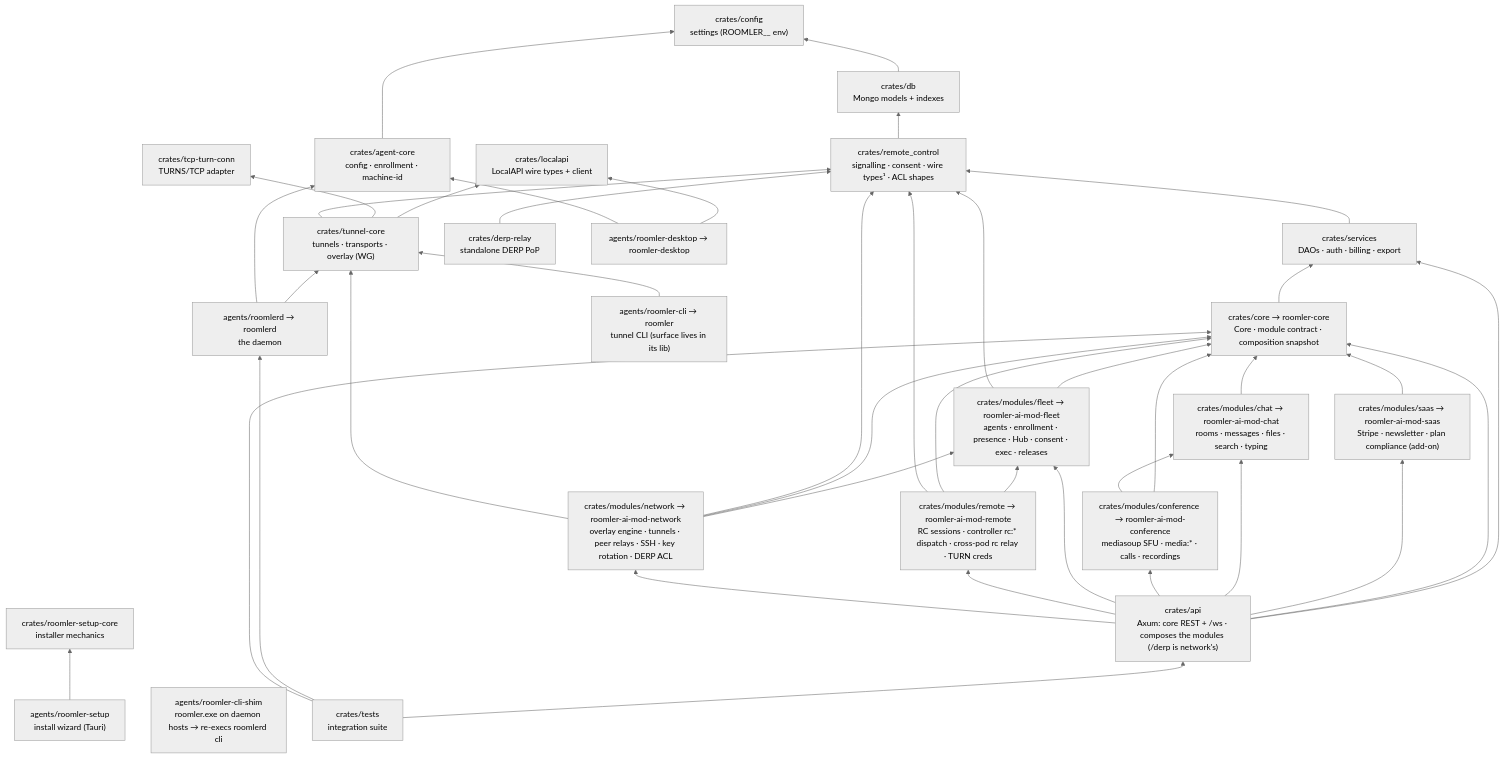
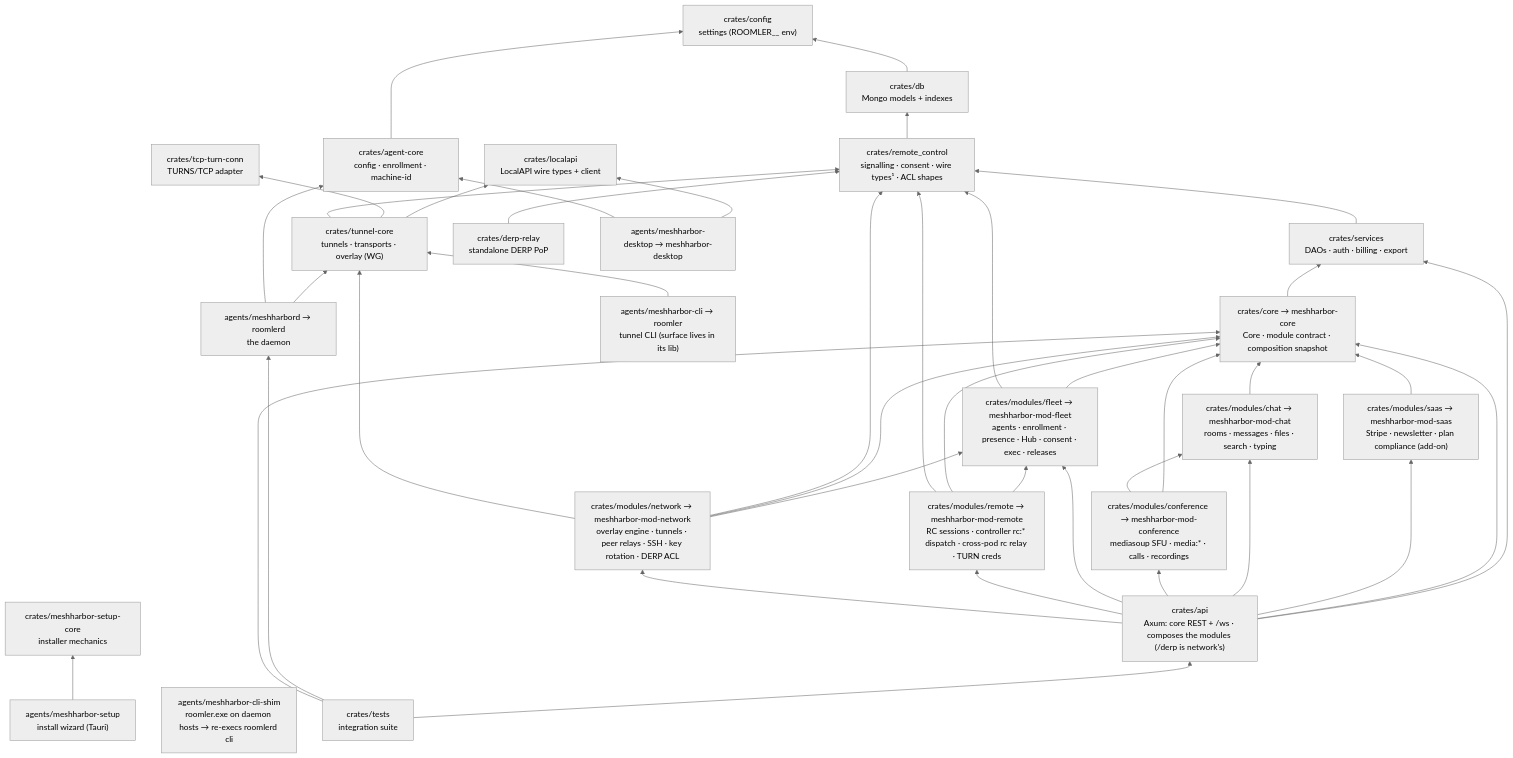
One commit to jk-zhang-meta/MeshHarbor changed the third of 4 diagrams in docs/architecture.md. Above: the diagram before and after it, drawn with Mermaid (neutral theme). The commit also changed other lines of this file and 1297 other files, not shown here.

First line of the commit message:
rename(1/5): crate, package and directory names roomler -> meshharbor

````diff
--- a/docs/architecture.md
+++ b/docs/architecture.md
@@ -100,50 +100,50 @@
 ```mermaid
 flowchart BT
     config["crates/config<br/>settings (ROOMLER__ env)"]
     db["crates/db<br/>Mongo models + indexes"]
-    core["crates/core → roomler-core<br/>Core · module contract · composition snapshot"]
-    saas["crates/modules/saas → roomler-ai-mod-saas<br/>Stripe · newsletter · plan compliance (add-on)"]
-    chat["crates/modules/chat → roomler-ai-mod-chat<br/>rooms · messages · files · search · typing"]
-    conference["crates/modules/conference → roomler-ai-mod-conference<br/>mediasoup SFU · media:* · calls · recordings"]
-    fleet["crates/modules/fleet → roomler-ai-mod-fleet<br/>agents · enrollment · presence · Hub · consent · exec · releases"]
-    remote["crates/modules/remote → roomler-ai-mod-remote<br/>RC sessions · controller rc:* dispatch · cross-pod rc relay · TURN creds"]
-    network["crates/modules/network → roomler-ai-mod-network<br/>overlay engine · tunnels · peer relays · SSH · key rotation · DERP ACL"]
+    core["crates/core → meshharbor-core<br/>Core · module contract · composition snapshot"]
+    saas["crates/modules/saas → meshharbor-mod-saas<br/>Stripe · newsletter · plan compliance (add-on)"]
+    chat["crates/modules/chat → meshharbor-mod-chat<br/>rooms · messages · files · search · typing"]
+    conference["crates/modules/conference → meshharbor-mod-conference<br/>mediasoup SFU · media:* · calls · recordings"]
+    fleet["crates/modules/fleet → meshharbor-mod-fleet<br/>agents · enrollment · presence · Hub · consent · exec · releases"]
+    remote["crates/modules/remote → meshharbor-mod-remote<br/>RC sessions · controller rc:* dispatch · cross-pod rc relay · TURN creds"]
+    network["crates/modules/network → meshharbor-mod-network<br/>overlay engine · tunnels · peer relays · SSH · key rotation · DERP ACL"]
     rc["crates/remote_control<br/>signalling · consent · wire types¹ · ACL shapes"]
     services["crates/services<br/>DAOs · auth · billing · export"]
     api["crates/api<br/>Axum: core REST + /ws · composes the modules (/derp is network's)"]
     tests["crates/tests<br/>integration suite"]
 
     localapi["crates/localapi<br/>LocalAPI wire types + client"]
     agentcore["crates/agent-core<br/>config · enrollment · machine-id"]
     tunnelcore["crates/tunnel-core<br/>tunnels · transports · overlay (WG)"]
     tcpturn["crates/tcp-turn-conn<br/>TURNS/TCP adapter"]
     derprelay["crates/derp-relay<br/>standalone DERP PoP"]
-    setupcore["crates/roomler-setup-core<br/>installer mechanics"]
+    setupcore["crates/meshharbor-setup-core<br/>installer mechanics"]
 
-    roomlerd["agents/roomlerd → roomlerd<br/>the daemon"]
-    tunnel["agents/roomler-cli → roomler<br/>tunnel CLI (surface lives in its lib)"]
-    shim["agents/roomler-cli-shim<br/>roomler.exe on daemon hosts → re-execs roomlerd cli"]
-    tray["agents/roomler-desktop → roomler-desktop"]
-    setup["agents/roomler-setup<br/>install wizard (Tauri)"]
+    roomlerd["agents/meshharbord → roomlerd<br/>the daemon"]
+    tunnel["agents/meshharbor-cli → roomler<br/>tunnel CLI (surface lives in its lib)"]
+    shim["agents/meshharbor-cli-shim<br/>roomler.exe on daemon hosts → re-execs roomlerd cli"]
+    tray["agents/meshharbor-desktop → meshharbor-desktop"]
+    setup["agents/meshharbor-setup<br/>install wizard (Tauri)"]
 
     db --> config
     core --> services
     saas --> core
     chat --> core
     conference --> core & chat
     fleet --> core & rc
     remote --> fleet & core & rc
     network --> fleet & core & rc & tunnelcore
     rc --> db
     services --> rc
     api --> services & core & saas & chat & conference & fleet & remote & network
     tests --> api & roomlerd & core
 
     tunnelcore --> localapi & tcpturn & rc
     agentcore --> config
     roomlerd --> tunnelcore & agentcore
     tunnel --> tunnelcore
     tray --> localapi & agentcore
     setup --> setupcore
     derprelay --> rc
 ```
````
